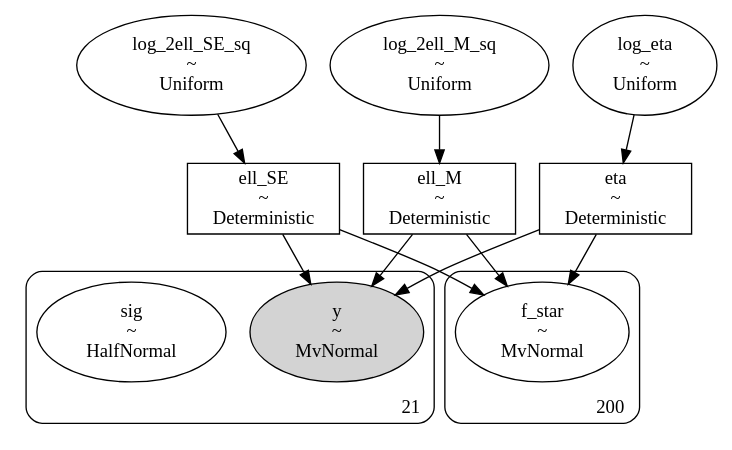
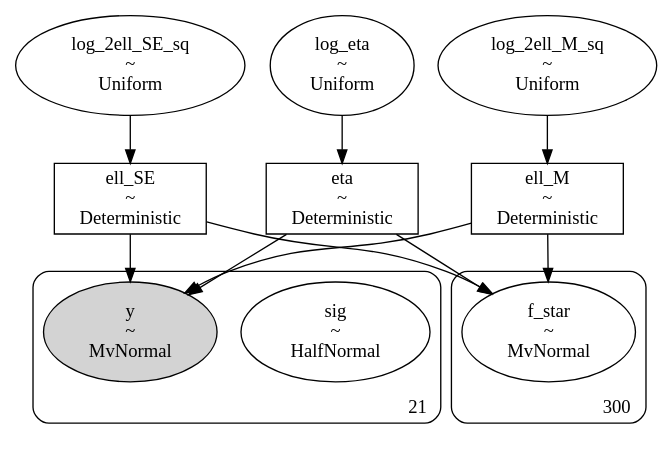
One commit to shihchingfu/gp-sandbox-thunderkat changed the diagram in dags/428_ra236.530_dec-46.922_4U1543TraPDB_andersson_sexm32_dag.dot. Above: the diagram before and after it, drawn with Graphviz. The commit also changed 11 other files, not shown here.

```diff
--- a/dags/428_ra236.530_dec-46.922_4U1543TraPDB_andersson_sexm32_dag.dot
+++ b/dags/428_ra236.530_dec-46.922_4U1543TraPDB_andersson_sexm32_dag.dot
@@ -1,44 +1,44 @@
 digraph {
+	ell_SE [label="ell_SE
+~
+Deterministic" shape=box]
+	eta [label="eta
+~
+Deterministic" shape=box]
+	ell_M [label="ell_M
+~
+Deterministic" shape=box]
 	log_2ell_SE_sq [label="log_2ell_SE_sq
 ~
 Uniform" shape=ellipse]
 	log_eta [label="log_eta
 ~
 Uniform" shape=ellipse]
-	ell_SE [label="ell_SE
-~
-Deterministic" shape=box]
-	ell_M [label="ell_M
-~
-Deterministic" shape=box]
-	eta [label="eta
-~
-Deterministic" shape=box]
 	log_2ell_M_sq [label="log_2ell_M_sq
 ~
 Uniform" shape=ellipse]
 	subgraph cluster21 {
+		sig [label="sig
+~
+HalfNormal" shape=ellipse]
 		y [label="y
 ~
 MvNormal" shape=ellipse style=filled]
-		sig [label="sig
-~
-HalfNormal" shape=ellipse]
 		label=21 labeljust=r labelloc=b style=rounded
 	}
-	subgraph cluster200 {
+	subgraph cluster300 {
 		f_star [label="f_star
 ~
 MvNormal" shape=ellipse]
-		label=200 labeljust=r labelloc=b style=rounded
+		label=300 labeljust=r labelloc=b style=rounded
 	}
 	log_2ell_SE_sq -> ell_SE
 	log_2ell_M_sq -> ell_M
 	log_eta -> eta
+	ell_M -> y
+	ell_SE -> y
 	eta -> y
-	ell_SE -> y
-	ell_M -> y
+	ell_M -> f_star
+	ell_SE -> f_star
 	eta -> f_star
-	ell_SE -> f_star
-	ell_M -> f_star
 }
```
